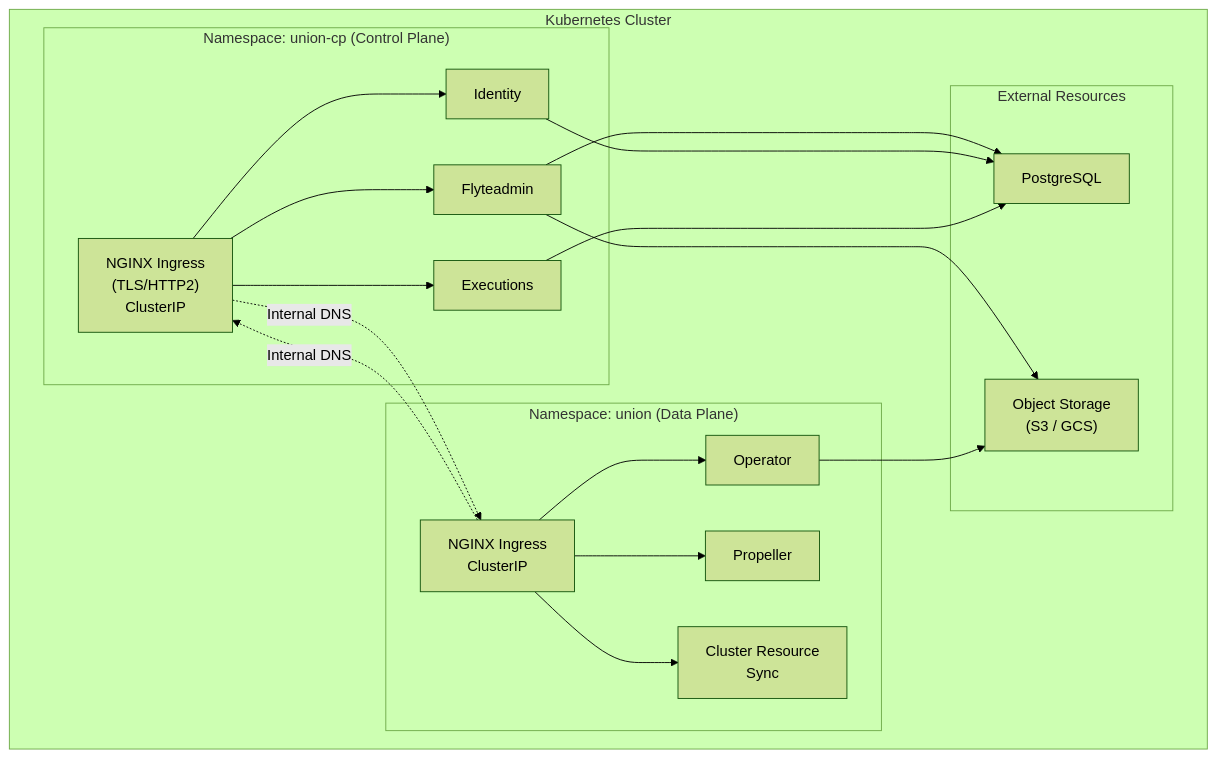
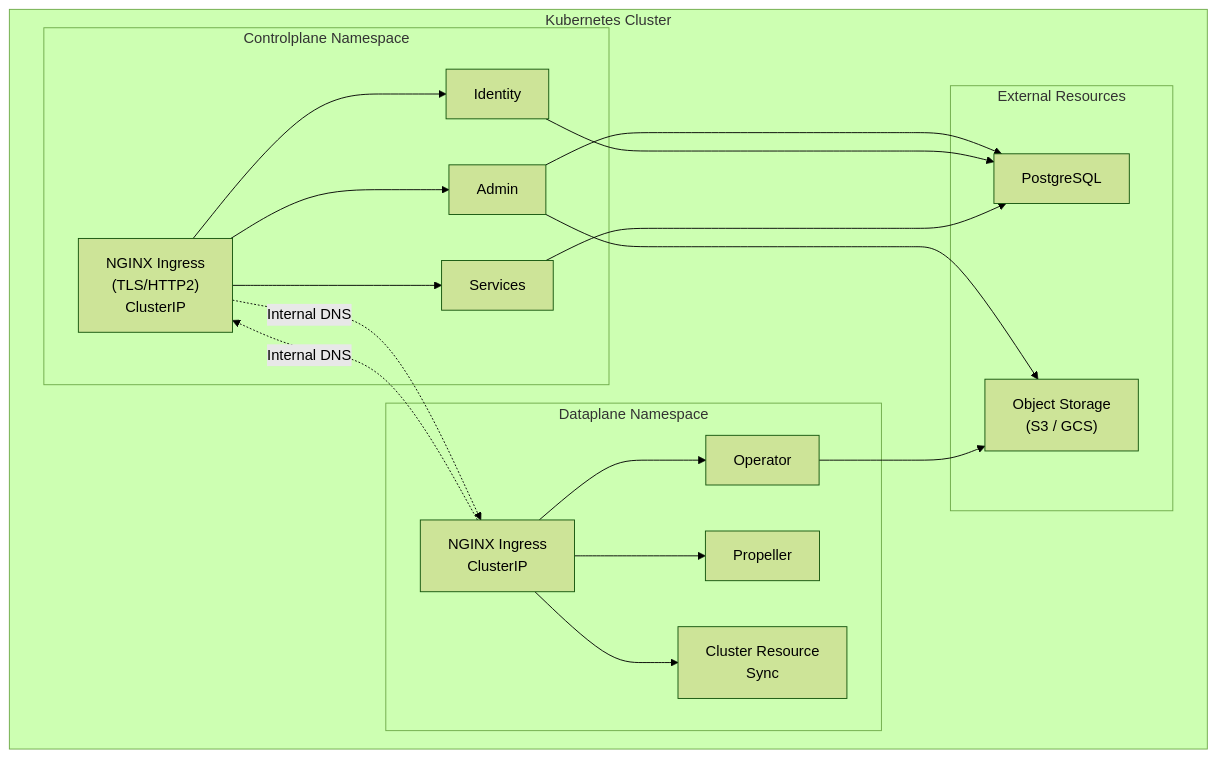
The diagram in content/deployment/selfhosted-deployment/_index.md (unionai/unionai-docs), drawn with Mermaid (forest theme) before and after one commit. The commit also changed 5 other files, not shown here.

````diff
--- a/content/deployment/selfhosted-deployment/_index.md
+++ b/content/deployment/selfhosted-deployment/_index.md
@@ -35,40 +35,40 @@
 ```mermaid
 graph TB
     subgraph cluster["Kubernetes Cluster"]
-        subgraph cp["Namespace: union-cp (Control Plane)"]
+        subgraph cp["Controlplane Namespace"]
             cpingress["NGINX Ingress\n(TLS/HTTP2)\nClusterIP"]
-            flyteadmin["Flyteadmin"]
+            admin["Admin"]
             identity["Identity"]
-            executions["Executions"]
+            services["Services"]
 
-            cpingress --> flyteadmin
+            cpingress --> admin
             cpingress --> identity
-            cpingress --> executions
+            cpingress --> services
         end
 
-        subgraph dp["Namespace: union (Data Plane)"]
+        subgraph dp["Dataplane Namespace"]
             dpingress["NGINX Ingress\nClusterIP"]
             operator["Operator"]
             propeller["Propeller"]
             clusterresource["Cluster Resource\nSync"]
 
             dpingress --> operator
             dpingress --> propeller
             dpingress --> clusterresource
         end
 
         subgraph external["External Resources"]
             db["PostgreSQL"]
             storage["Object Storage\n(S3 / GCS)"]
         end
 
         dpingress -.->|"Internal DNS"| cpingress
         cpingress -.->|"Internal DNS"| dpingress
 
-        flyteadmin --> db
+        admin --> db
         identity --> db
-        executions --> db
-        flyteadmin --> storage
+        services --> db
+        admin --> storage
         operator --> storage
     end
 ```
````
